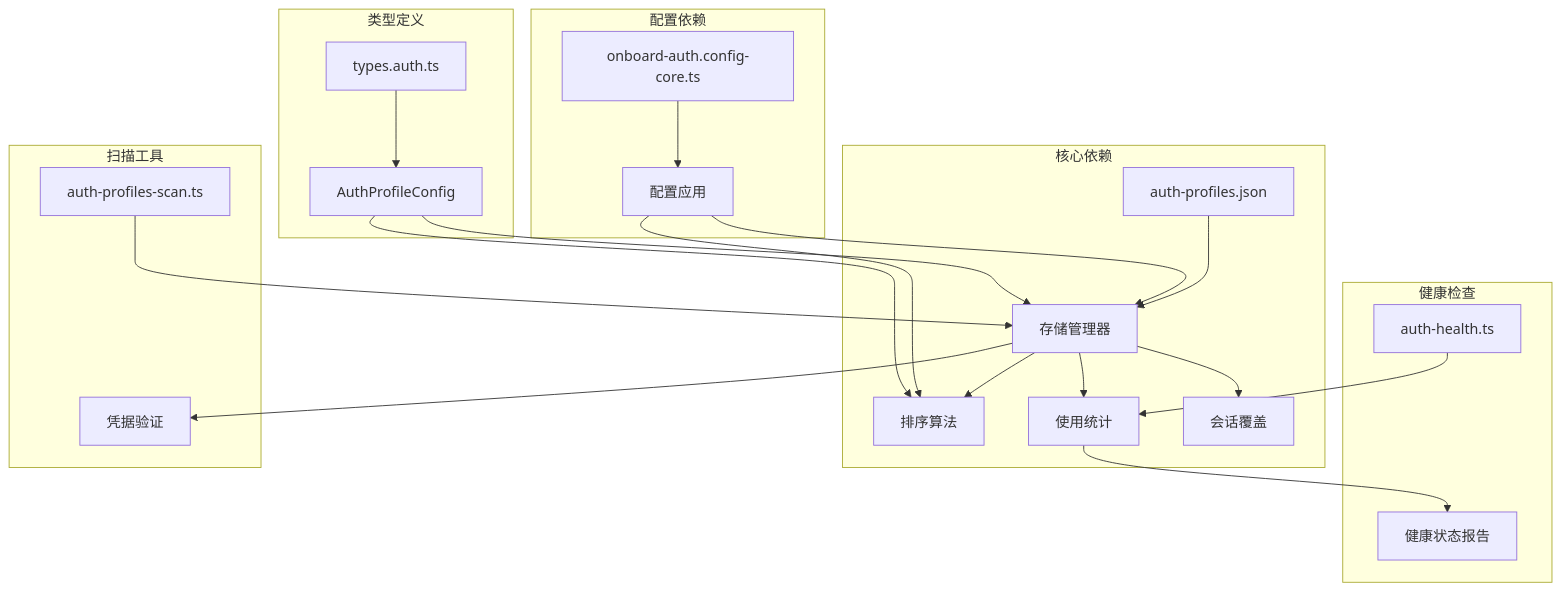
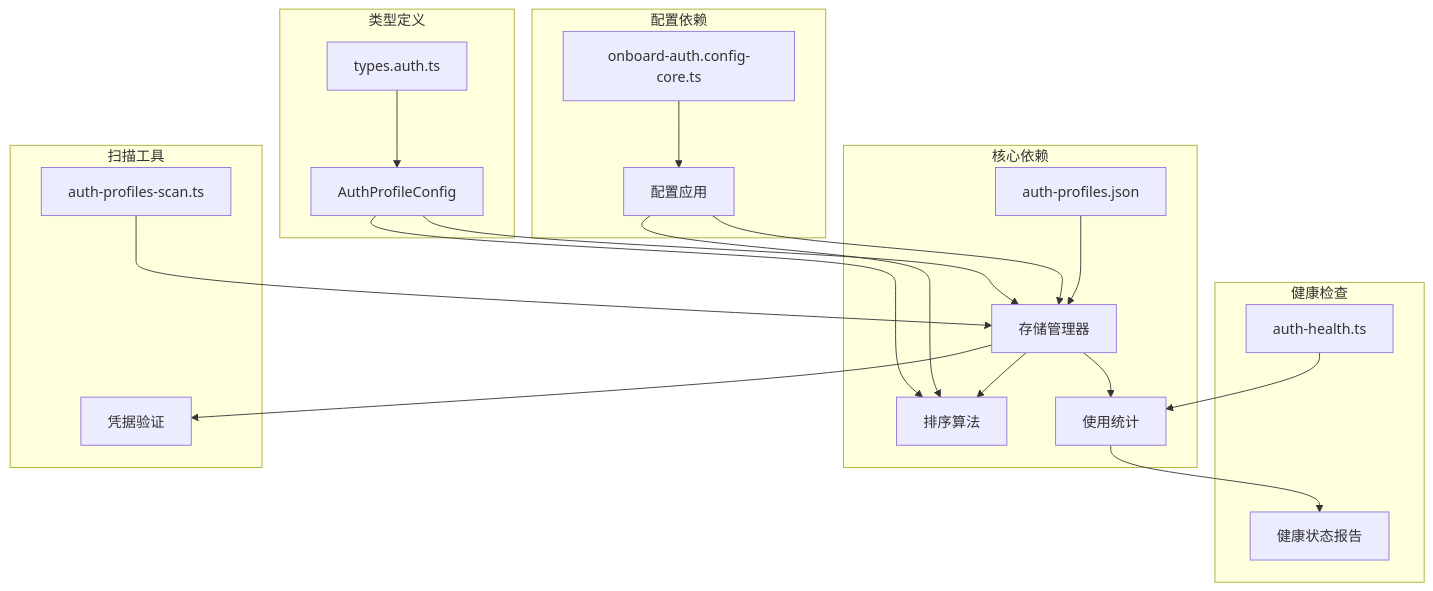
One commit to verse-ai-org/openclaw changed the ninth of 9 diagrams in .qoder/repowiki/zh/content/Temporary Authentication Profiles.md. Above: the diagram before and after it, drawn with Mermaid. The commit also changed other lines of this file and 9 other files, not shown here.

````diff
--- a/.qoder/repowiki/zh/content/Temporary Authentication Profiles.md
+++ b/.qoder/repowiki/zh/content/Temporary Authentication Profiles.md
@@ -366,27 +331,26 @@
 ```mermaid
 graph TB
 subgraph "核心依赖"
 A[auth-profiles.json] --> B[存储管理器]
 B --> C[排序算法]
 B --> D[使用统计]
-B --> E[会话覆盖]
 end
 subgraph "配置依赖"
 F[onboard-auth.config-core.ts] --> G[配置应用]
 G --> B
 G --> C
 end
 subgraph "类型定义"
 H[types.auth.ts] --> I[AuthProfileConfig]
 I --> B
 I --> C
 end
 subgraph "健康检查"
 J[auth-health.ts] --> D
 D --> K[健康状态报告]
 end
 subgraph "扫描工具"
 L[auth-profiles-scan.ts] --> B
 B --> M[凭据验证]
 end
 ```
````
